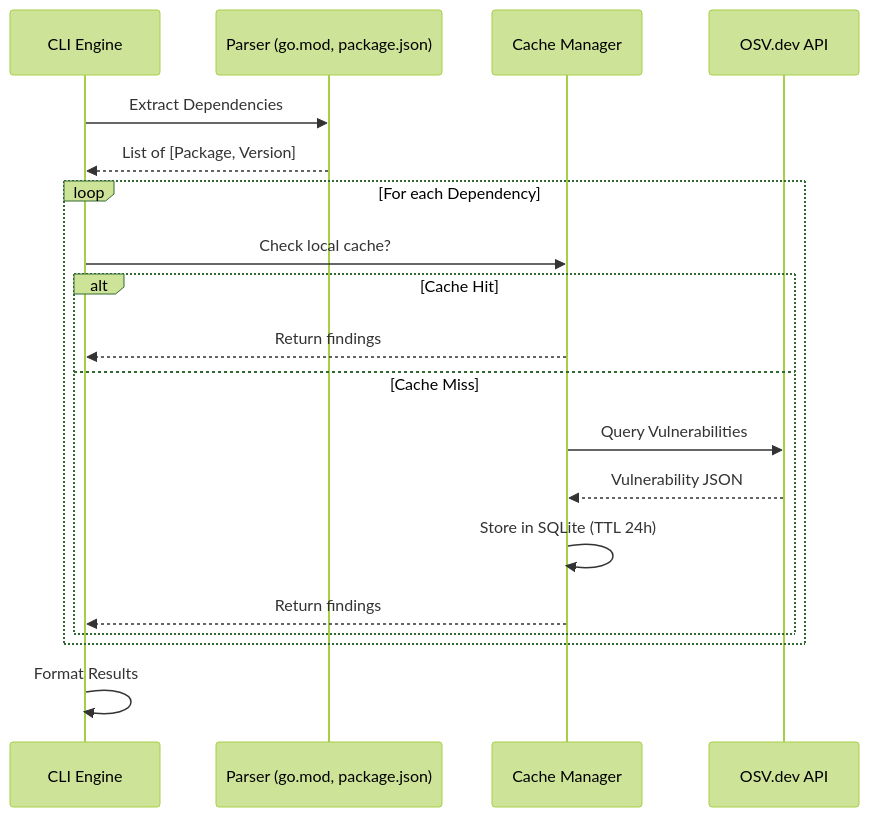
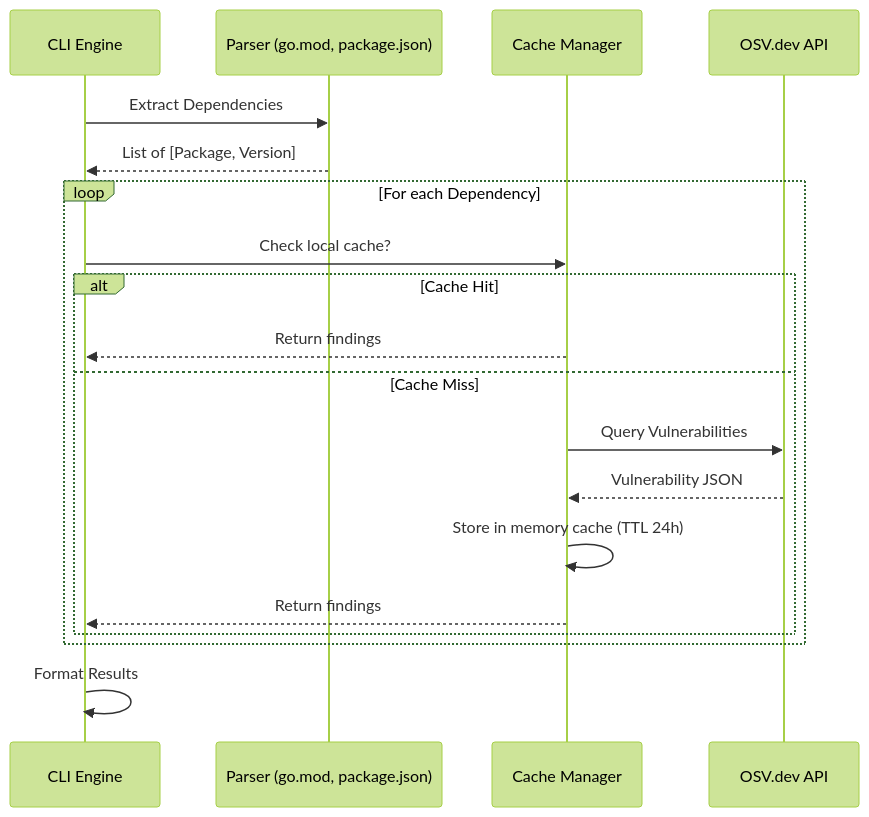
The second of 4 diagrams in docs/architecture.md (cozyGarage/sentielflow), drawn with Mermaid (forest theme) before and after one commit. The commit also changed other lines of this file and 16 other files, not shown here.

````diff
--- a/docs/architecture.md
+++ b/docs/architecture.md
@@ -56,23 +56,23 @@
 ```mermaid
 sequenceDiagram
     participant CLI as CLI Engine
     participant P as Parser (go.mod, package.json)
     participant C as Cache Manager
     participant OSV as OSV.dev API
 
     CLI->>P: Extract Dependencies
     P-->>CLI: List of [Package, Version]
 
     loop For each Dependency
         CLI->>C: Check local cache?
         alt Cache Hit
             C-->>CLI: Return findings
         else Cache Miss
             C->>OSV: Query Vulnerabilities
             OSV-->>C: Vulnerability JSON
-            C->>C: Store in SQLite (TTL 24h)
+            C->>C: Store in memory cache (TTL 24h)
             C-->>CLI: Return findings
         end
     end
     CLI->>CLI: Format Results
 ```
````
